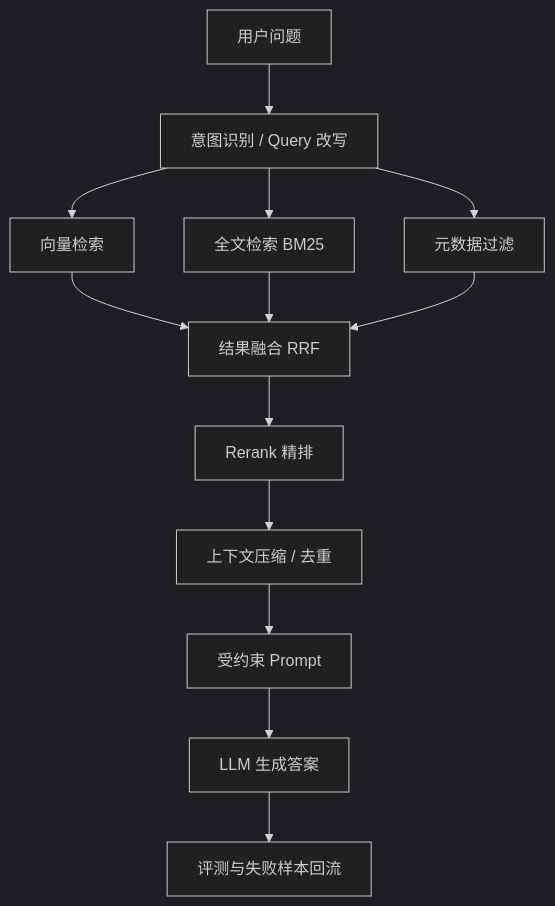
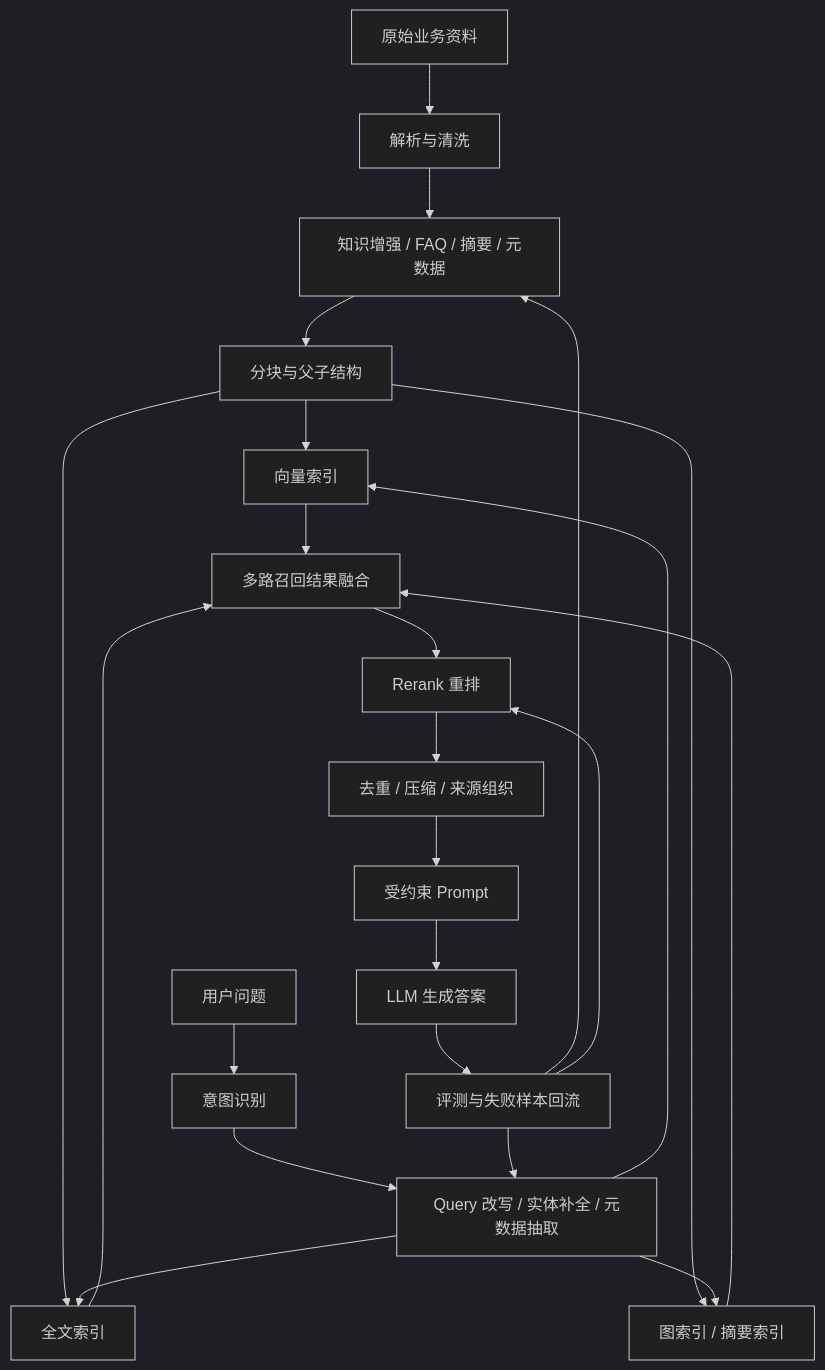
Before and after one commit to luoshuai990529/blog: the diagram in AI/RAG/RAG 技术小结.md, drawn with Mermaid (dark theme). The commit also changed other lines of this file, not shown here.

````diff
--- a/AI/RAG/RAG 技术小结.md
+++ b/AI/RAG/RAG 技术小结.md
@@ -101,15 +584,27 @@
 ```mermaid
 flowchart TD
-    A["用户问题"] --> B["意图识别 / Query 改写"]
-    B --> C1["向量检索"]
-    B --> C2["全文检索 BM25"]
-    B --> C3["元数据过滤"]
-    C1 --> D["结果融合 RRF"]
-    C2 --> D
-    C3 --> D
-    D --> E["Rerank 精排"]
-    E --> F["上下文压缩 / 去重"]
-    F --> G["受约束 Prompt"]
-    G --> H["LLM 生成答案"]
-    H --> I["评测与失败样本回流"]
+    A["原始业务资料"] --> B["解析与清洗"]
+    B --> C["知识增强 / FAQ / 摘要 / 元数据"]
+    C --> D["分块与父子结构"]
+    D --> E1["向量索引"]
+    D --> E2["全文索引"]
+    D --> E3["图索引 / 摘要索引"]
+
+    Q["用户问题"] --> R["意图识别"]
+    R --> S["Query 改写 / 实体补全 / 元数据抽取"]
+    S --> E1
+    S --> E2
+    S --> E3
+
+    E1 --> F["多路召回结果融合"]
+    E2 --> F
+    E3 --> F
+    F --> G["Rerank 重排"]
+    G --> H["去重 / 压缩 / 来源组织"]
+    H --> I["受约束 Prompt"]
+    I --> J["LLM 生成答案"]
+    J --> K["评测与失败样本回流"]
+    K --> C
+    K --> S
+    K --> G
 ```
````
